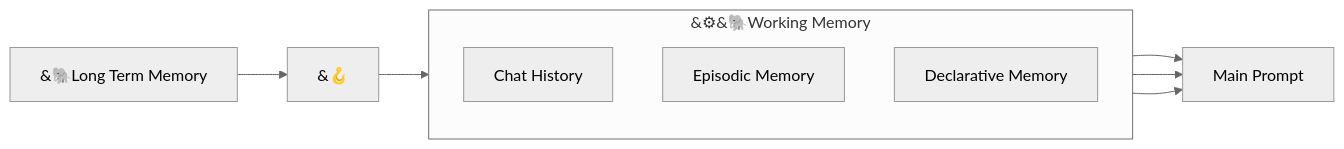
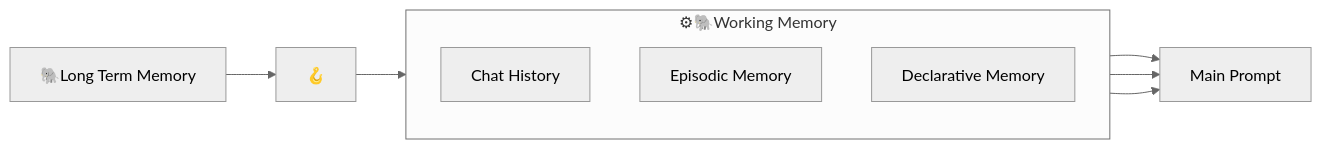
The diagram in mkdocs/conceptual/memory/working_memory.md (cheshire-cat-ai/docs), drawn with Mermaid (neutral theme) before and after one commit. The commit also changed 6 other files, not shown here.

Commit message:
fixed & in mermaid's emoji

````diff
--- a/mkdocs/conceptual/memory/working_memory.md
+++ b/mkdocs/conceptual/memory/working_memory.md
@@ -14,14 +14,14 @@
 ```mermaid
 flowchart LR
-    subgraph WM ["&#9881;&#128024;Working Memory"]
+    subgraph WM ["#9881;#128024;Working Memory"]
             direction TB
             CH[Chat History]
             C[Episodic Memory];
             D[Declarative Memory];
     end
-    A["&#128024;Long Term Memory"] --> E["&#129693;"]; 
-    E["&#129693;"] --> WM;
+    A["#128024;Long Term Memory"] --> E["#129693;"]; 
+    E["#129693;"] --> WM;
     CH --> main_prompt[Main Prompt];
     C --> main_prompt[Main Prompt];
     D --> main_prompt[Main Prompt];
 ```
````
